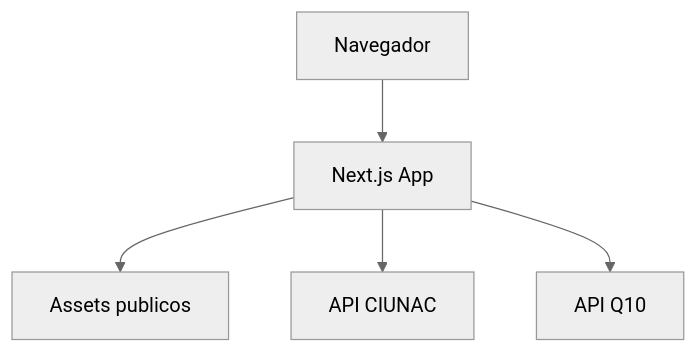
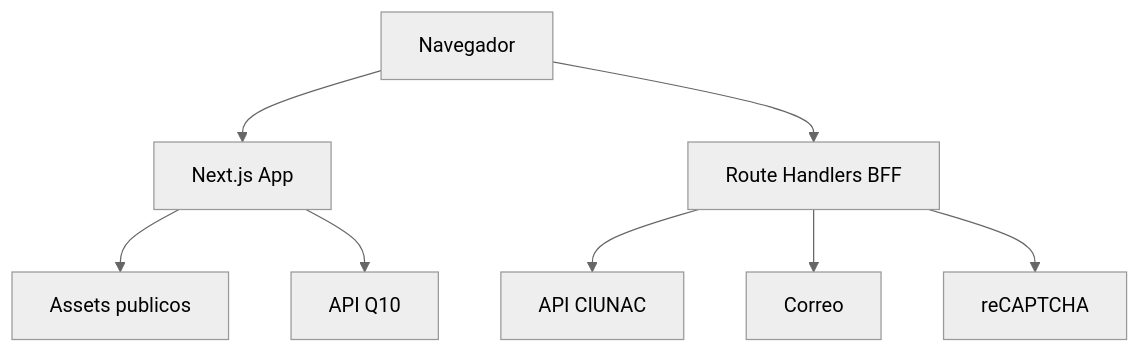
Before and after one commit to luismiguelgs/ciunac-sol-1.3: the fourth of 4 diagrams in docs/architecture/sdd.md, drawn with Mermaid (neutral theme). The commit also changed other lines of this file and 88 other files, not shown here.

````diff
--- a/docs/architecture/sdd.md
+++ b/docs/architecture/sdd.md
@@ -130,7 +139,10 @@
 ```mermaid
 flowchart TD
     Browser[Navegador] --> Next[Next.js App]
     Next --> Public[Assets publicos]
-    Next --> Api[API CIUNAC]
+    Browser --> BFF[Route Handlers BFF]
+    BFF --> Api[API CIUNAC]
+    BFF --> Mail[Correo]
+    BFF --> Captcha[reCAPTCHA]
     Next --> Q10[API Q10]
 ```
````
